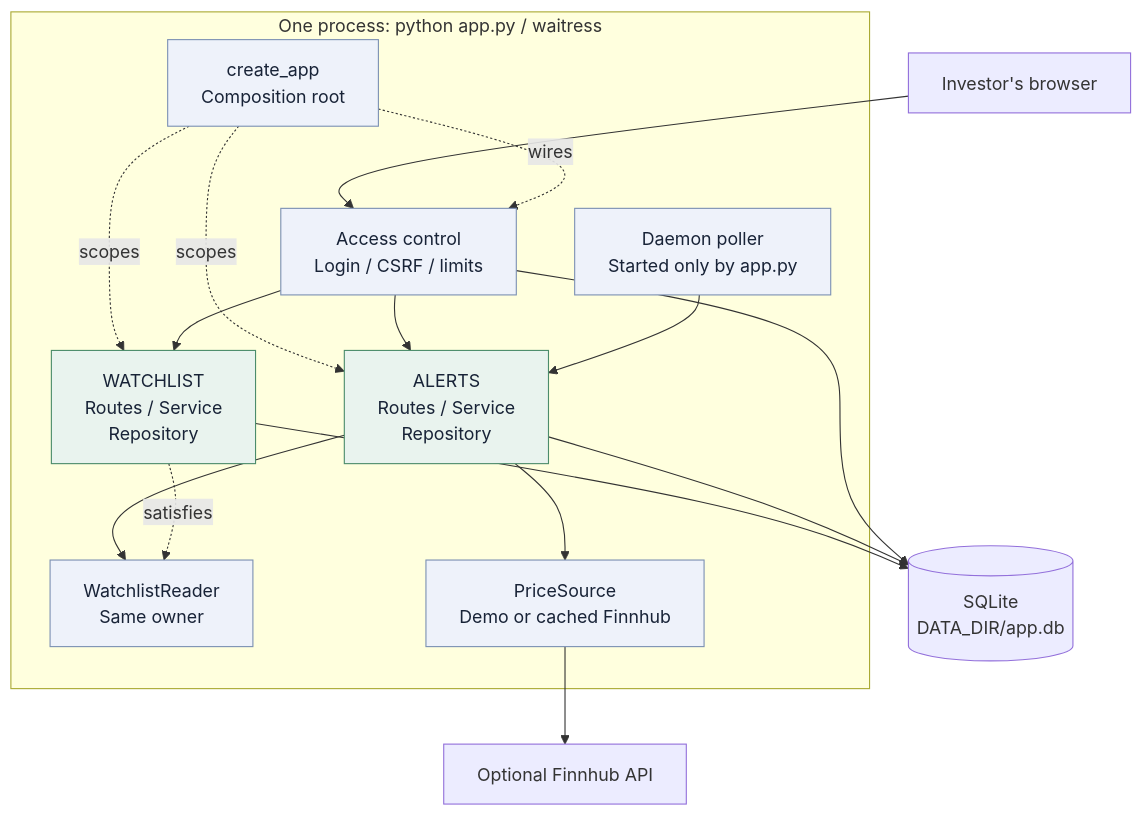
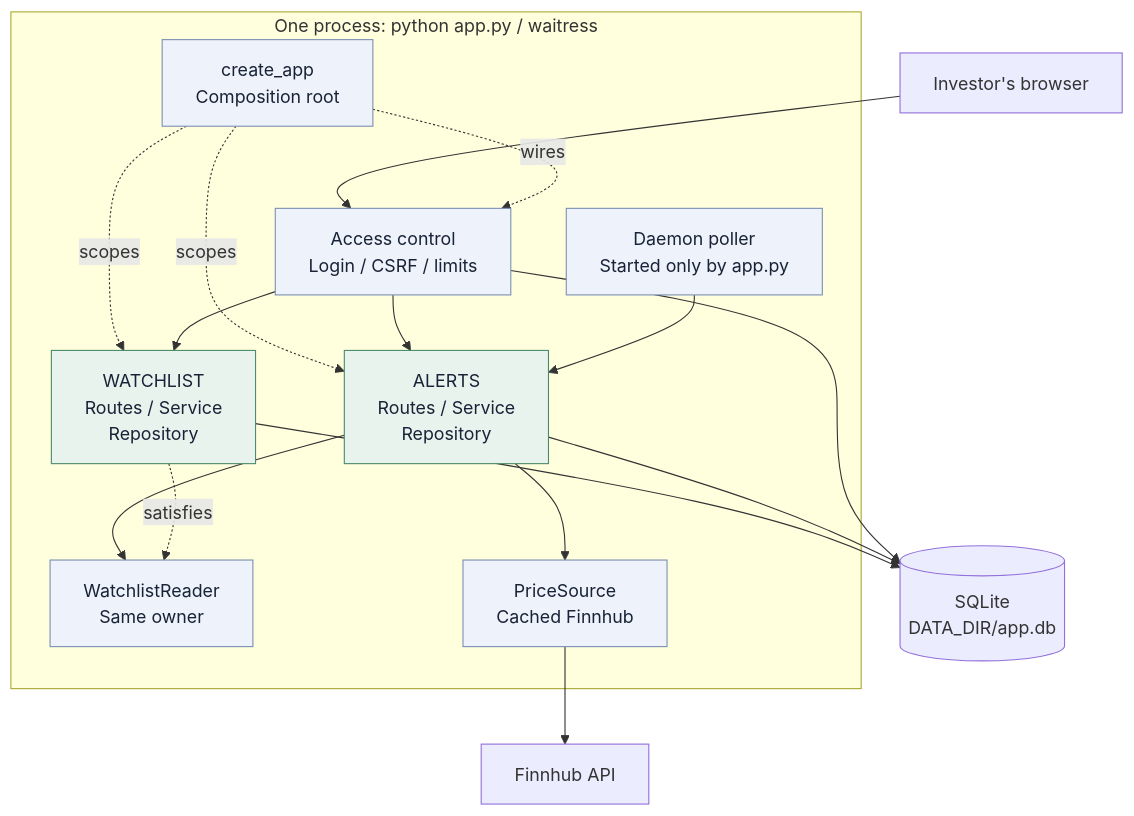
One commit to issamarida/devops-a1-issamarida changed the diagram in docs/diagrams/architecture.mmd. Above: the diagram before and after it, drawn with Mermaid. The commit also changed 14 other files, not shown here.

Commit message:
Use Finnhub as the only price source and remove simulated prices

```diff
--- a/docs/diagrams/architecture.mmd
+++ b/docs/diagrams/architecture.mmd
@@ -1,31 +1,31 @@
 flowchart TB
     browser["Investor's browser"]
     subgraph process["One process: python app.py / waitress"]
         root["create_app<br/>Composition root"]
         access["Access control<br/>Login / CSRF / limits"]
         watch["WATCHLIST<br/>Routes / Service<br/>Repository"]
         alert["ALERTS<br/>Routes / Service<br/>Repository"]
         reader["WatchlistReader<br/>Same owner"]
-        price["PriceSource<br/>Demo or cached Finnhub"]
+        price["PriceSource<br/>Cached Finnhub"]
         poller["Daemon poller<br/>Started only by app.py"]
     end
     db[("SQLite<br/>DATA_DIR/app.db")]
-    api["Optional Finnhub API"]
+    api["Finnhub API"]
     browser --> access
     root -. wires .-> access
     root -. scopes .-> watch
     root -. scopes .-> alert
     access --> watch
     access --> alert
     poller --> alert
     alert --> reader
     watch -. satisfies .-> reader
     alert --> price
     price --> api
     watch --> db
     alert --> db
     access --> db
     classDef support fill:#eef2fa,stroke:#7b90b3,color:#182337
     classDef feature fill:#e9f3ee,stroke:#4c8c6b,color:#182337
     class root,access,reader,poller,price support
     class watch,alert feature
```
